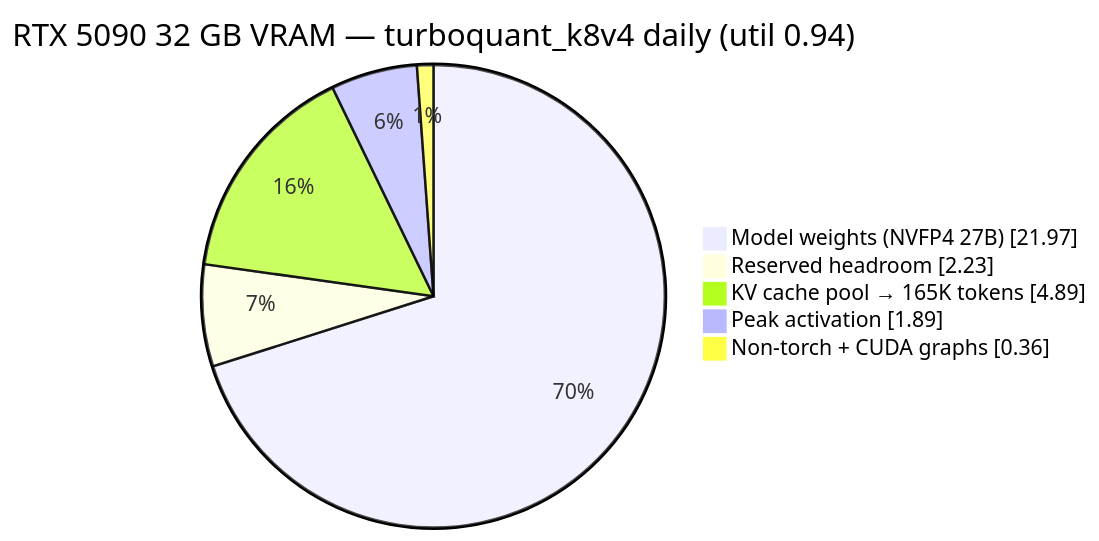
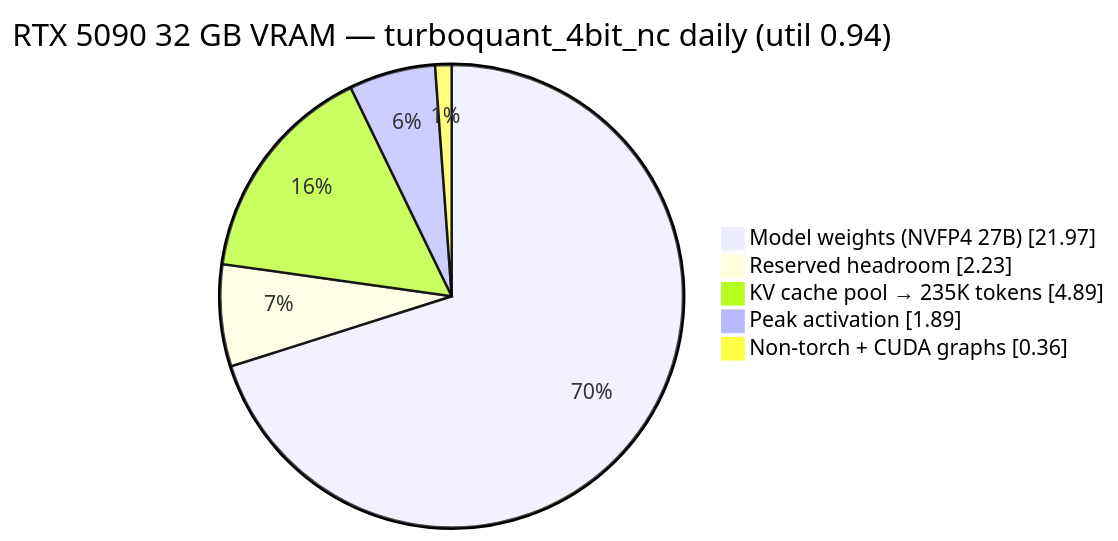
One commit to adrienbrault/qwen3.6-27b-rtx5090 changed the diagram in README.md. Above: the diagram before and after it, drawn with Mermaid. The commit also changed other lines of this file and 9 other files, not shown here.

````diff
--- a/README.md
+++ b/README.md
@@ -91,8 +101,8 @@
 ```mermaid
-pie showData title RTX 5090 32 GB VRAM — turboquant_k8v4 daily (util 0.94)
+pie showData title RTX 5090 32 GB VRAM — turboquant_4bit_nc daily (util 0.94)
     "Model weights (NVFP4 27B)" : 21.97
     "Reserved headroom" : 2.23
-    "KV cache pool → 165K tokens" : 4.89
+    "KV cache pool → 235K tokens" : 4.89
     "Peak activation" : 1.89
     "Non-torch + CUDA graphs" : 0.36
 ```
````
